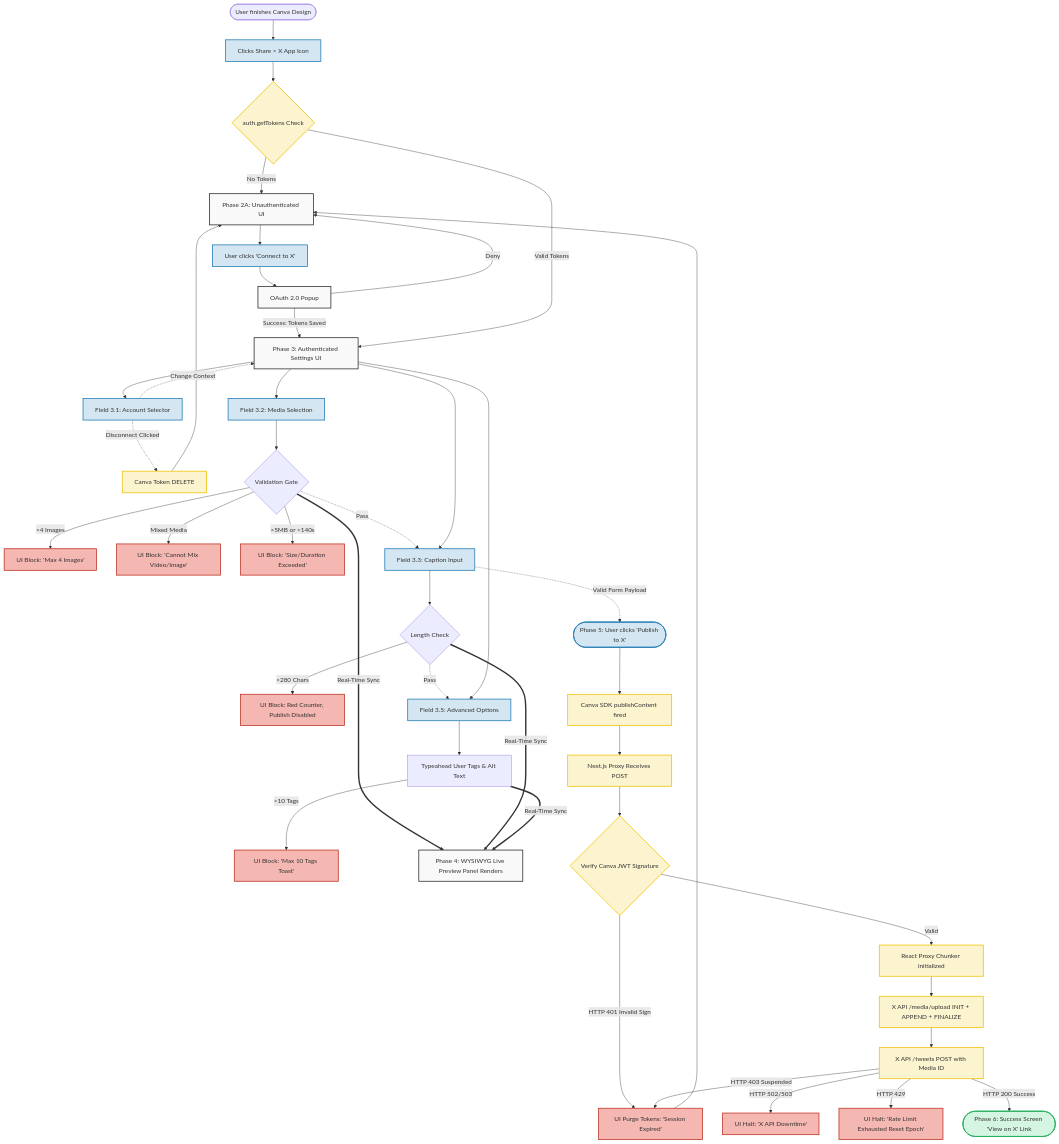
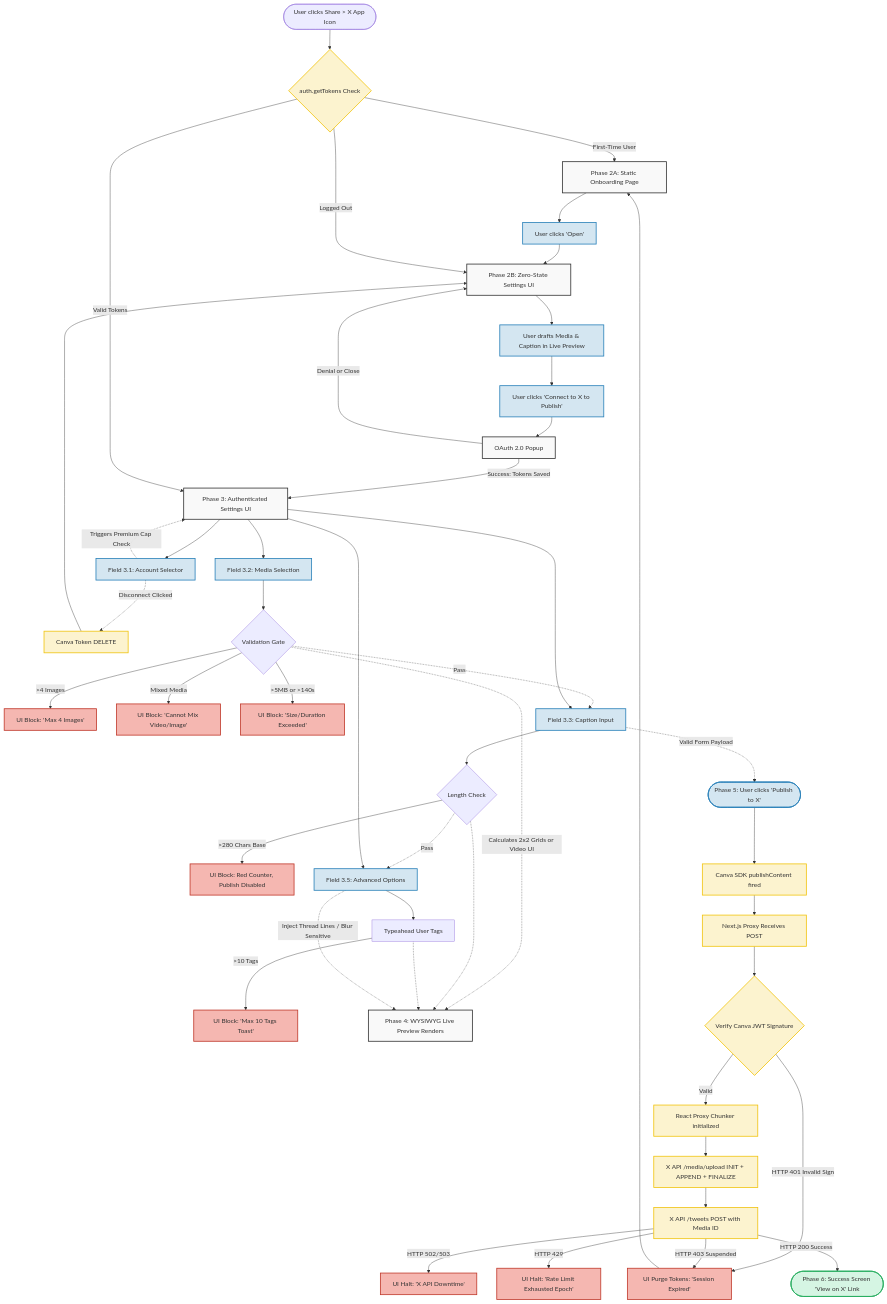
One commit to berapallabi/Canva-X-Discovery changed the first of 2 diagrams in _bmad-output/planning-artifacts/prd/user-journeys-flowcharts.md. Above: the diagram before and after it, drawn with Mermaid. The commit also changed 1 other file, not shown here.

Commit message:
Adding user journey flowchart

````diff
--- a/_bmad-output/planning-artifacts/prd/user-journeys-flowcharts.md
+++ b/_bmad-output/planning-artifacts/prd/user-journeys-flowcharts.md
@@ -9,65 +9,74 @@
 ```mermaid
 graph TD
     classDef uiState fill:#f9f9f9,stroke:#333,stroke-width:2px;
     classDef action fill:#d4e6f1,stroke:#2980b9,stroke-width:2px;
     classDef error fill:#f5b7b1,stroke:#c0392b,stroke-width:2px;
     classDef success fill:#d5f5e3,stroke:#27ae60,stroke-width:2px;
     classDef backend fill:#fcf3cf,stroke:#f1c40f,stroke-width:2px;
 
-    %% Phase 1 & 2: Entry & Auth
-    A([User finishes Canva Design]) --> B[Clicks Share > X App Icon]:::action
-    B --> C{auth.getTokens Check}:::backend
+    %% Phase 1 & 2: Entry & Routing
+    A([User clicks Share > X App Icon]) --> B{auth.getTokens Check}:::backend
     
-    C -->|No Tokens| D[Phase 2A: Unauthenticated UI]:::uiState
-    D --> E[User clicks 'Connect to X']:::action
-    E --> F[OAuth 2.0 Popup]:::uiState
-    F -->|Deny| D
-    F -->|Success: Tokens Saved| G
+    B -->|First-Time User| C[Phase 2A: Static Onboarding Page]:::uiState
+    C --> D[User clicks 'Open']:::action
+    D --> E[Phase 2B: Zero-State Settings UI]:::uiState
     
-    C -->|Valid Tokens| G[Phase 3: Authenticated Settings UI]:::uiState
+    B -->|Logged Out| E
+    
+    E --> F[User drafts Media & Caption in Live Preview]:::action
+    F --> G[User clicks 'Connect to X to Publish']:::action
+    
+    G --> H[OAuth 2.0 Popup]:::uiState
+    H -->|Denial or Close| E
+    H -->|Success: Tokens Saved| I
+    
+    B -->|Valid Tokens| I[Phase 3: Authenticated Settings UI]:::uiState
     
     %% Phase 3: Field Interactions & Validations
-    G --> H[Field 3.1: Account Selector]:::action
-    H -.->|Change Context| G
-    H -.->|Disconnect Clicked| H1[Canva Token DELETE]:::backend
-    H1 --> D
+    I --> J[Field 3.1: Account Selector]:::action
+    J -.->|Triggers Premium Cap Check| I
+    J -.->|Disconnect Clicked| J1[Canva Token DELETE]:::backend
+    J1 --> E
     
-    G --> I[Field 3.2: Media Selection]:::action
-    I --> I1{Validation Gate}
-    I1 -->|>4 Images| I2[UI Block: 'Max 4 Images']:::error
-    I1 -->|Mixed Media| I3[UI Block: 'Cannot Mix Video/Image']:::error
-    I1 -->|>5MB or >140s| I4[UI Block: 'Size/Duration Exceeded']:::error
-    I1 -.->|Pass| J
+    I --> K[Field 3.2: Media Selection]:::action
+    K --> K1{Validation Gate}
+    K1 -->|>4 Images| K2[UI Block: 'Max 4 Images']:::error
+    K1 -->|Mixed Media| K3[UI Block: 'Cannot Mix Video/Image']:::error
+    K1 -->|>5MB or >140s| K4[UI Block: 'Size/Duration Exceeded']:::error
+    K1 -.->|Pass| L
     
-    G --> J[Field 3.3: Caption Input]:::action
-    J --> J1{Length Check}
-    J1 -->|>280 Chars| J2[UI Block: Red Counter, Publish Disabled]:::error
-    J1 -.->|Pass| K
+    I --> L[Field 3.3: Caption Input]:::action
+    L --> L1{Length Check}
+    L1 -->|>280 Chars Base| L2[UI Block: Red Counter, Publish Disabled]:::error
+    L1 -.->|Pass| M
     
-    G --> K[Field 3.5: Advanced Options]:::action
-    K --> K1[Typeahead User Tags & Alt Text]
-    K1 -->|>10 Tags| K2[UI Block: 'Max 10 Tags Toast']:::error
+    I --> M[Field 3.5: Advanced Options]:::action
+    M --> M1[Typeahead User Tags]
+    M1 -->|>10 Tags| M2[UI Block: 'Max 10 Tags Toast']:::error
     
-    %% Phase 4 & 5: Preview and Publish
-    I1 & J1 & K1 == Real-Time Sync ==> L[Phase 4: WYSIWYG Live Preview Panel Renders]:::uiState
+    %% Phase 4 & 5: Complex Preview and Publish
+    K1 -.->|Calculates 2x2 Grids or Video UI| N[Phase 4: WYSIWYG Live Preview Renders]:::uiState
+    L1 -.-> N
+    M1 -.-> N
+    M -.->|Inject Thread Lines / Blur Sensitive| N
     
-    J -.->|Valid Form Payload| M([Phase 5: User clicks 'Publish to X']):::action
+    L -.->|Valid Form Payload| O([Phase 5: User clicks 'Publish to X']):::action
     
-    M --> N[Canva SDK publishContent fired]:::backend
-    N --> O[Next.js Proxy Receives POST]:::backend
+    O --> P[Canva SDK publishContent fired]:::backend
+    P --> Q[Next.js Proxy Receives POST]:::backend
     
     %% Backend Validations & Responses
-    O --> P{Verify Canva JWT Signature}:::backend
-    P -->|HTTP 401 Invalid Sign| P1[UI Purge Tokens: 'Session Expired']:::error
-    P1 --> D
+    Q --> R{Verify Canva JWT Signature}:::backend
+    R -->|HTTP 401 Invalid Sign| R1[UI Purge Tokens: 'Session Expired']:::error
+    R1 --> C
     
-    P -->|Valid| Q[React Proxy Chunker initialized]:::backend
-    Q --> R[X API /media/upload INIT + APPEND + FINALIZE]:::backend
+    R -->|Valid| S[React Proxy Chunker initialized]:::backend
+    S --> T[X API /media/upload INIT + APPEND + FINALIZE]:::backend
     
-    R --> S[X API /tweets POST with Media ID]:::backend
+    T --> U[X API /tweets POST with Media ID]:::backend
     
-    S -->|HTTP 502/503| S1[UI Halt: 'X API Downtime']:::error
-    S -->|HTTP 429| S2[UI Halt: 'Rate Limit Exhausted Reset Epoch']:::error
-    S -->|HTTP 403 Suspended| P1
-    S -->|HTTP 200 Success| T([Phase 6: Success Screen 'View on X' Link]):::success
+    U -->|HTTP 502/503| U1[UI Halt: 'X API Downtime']:::error
+    U -->|HTTP 429| U2[UI Halt: 'Rate Limit Exhausted Epoch']:::error
+    U -->|HTTP 403 Suspended| R1
+    U -->|HTTP 200 Success| V([Phase 6: Success Screen 'View on X' Link]):::success
 ```
````
